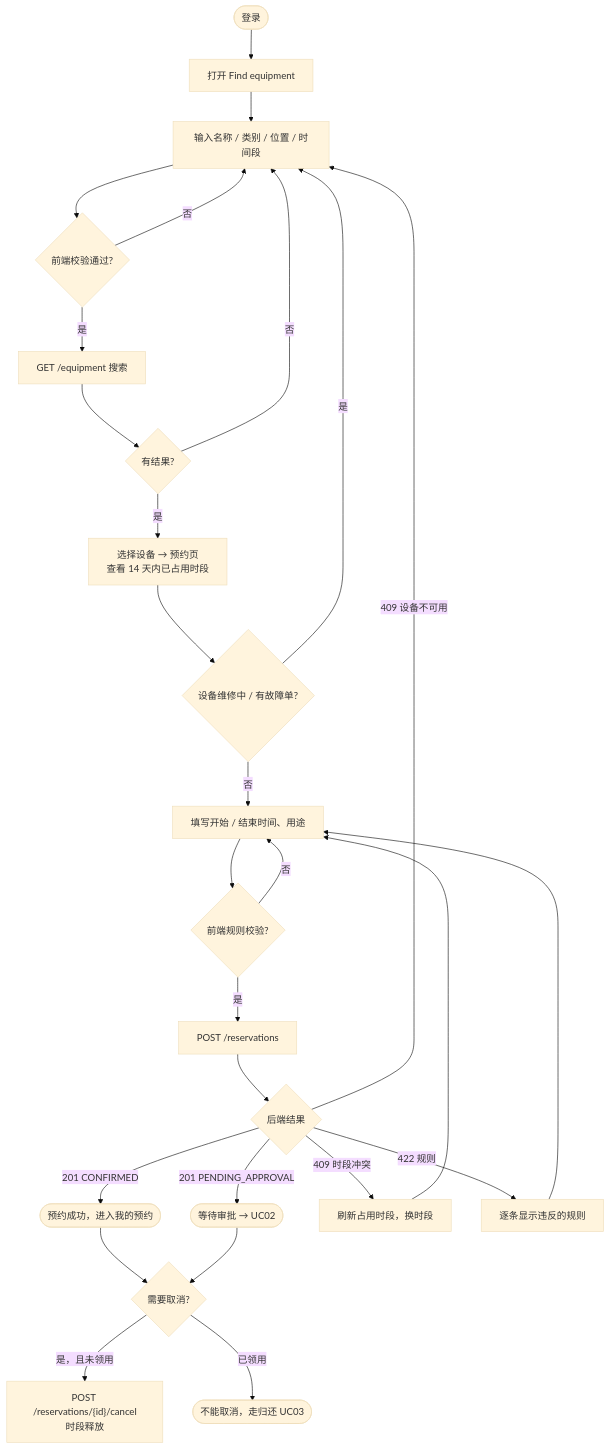
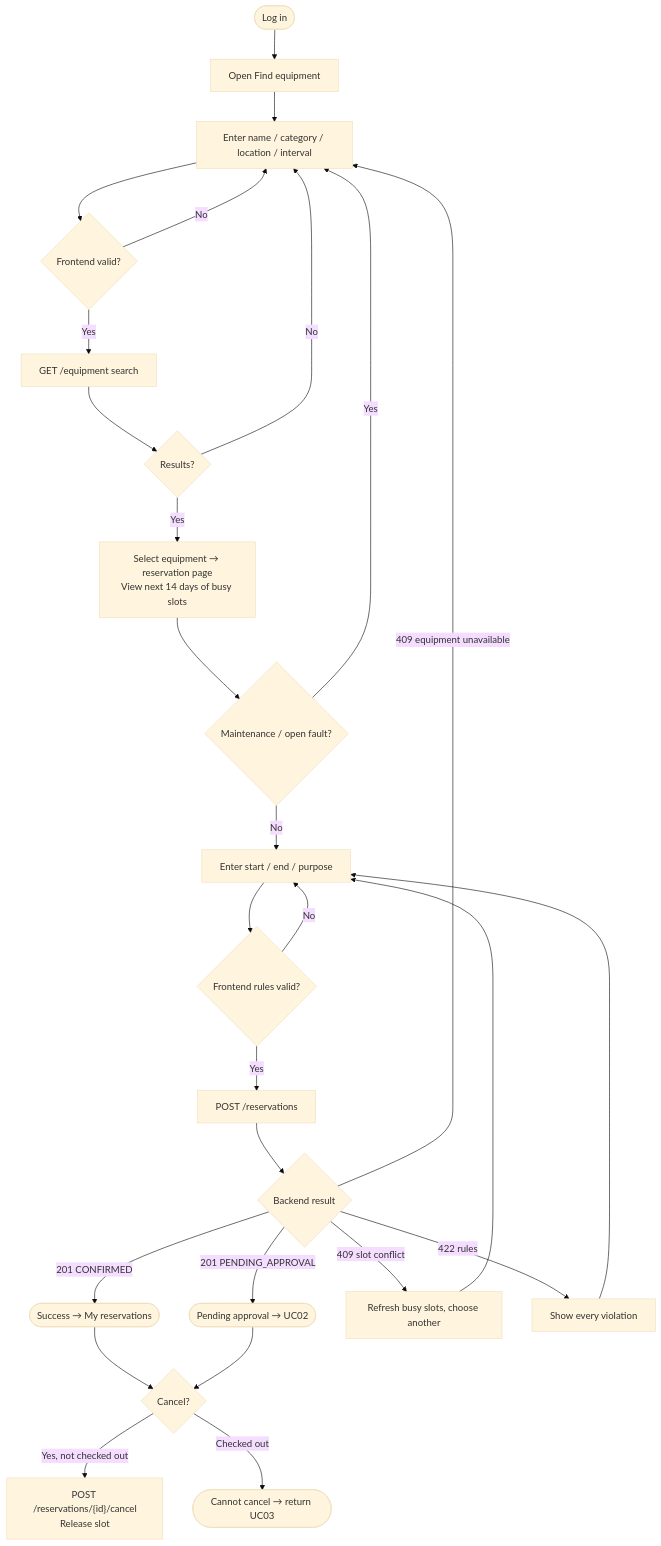
One commit to YukiOvOb/AGFP changed the first of 3 diagrams in docs/uc01-search-and-reserve.md. Above: the diagram before and after it, drawn with Mermaid (base theme). The commit also changed other lines of this file and 50 other files, not shown here.

````diff
--- a/docs/uc01-search-and-reserve.md
+++ b/docs/uc01-search-and-reserve.md
@@ -46,27 +46,27 @@
 ```mermaid
 flowchart TD
-  A([登录]) --> B[打开 Find equipment]
-  B --> C[输入名称 / 类别 / 位置 / 时间段]
-  C --> D{前端校验通过?}
-  D -- 否 --> C
-  D -- 是 --> E[GET /equipment 搜索]
-  E --> F{有结果?}
-  F -- 否 --> C
-  F -- 是 --> G[选择设备 → 预约页<br/>查看 14 天内已占用时段]
-  G --> H{设备维修中 / 有故障单?}
-  H -- 是 --> C
-  H -- 否 --> I[填写开始 / 结束时间、用途]
-  I --> J{前端规则校验?}
-  J -- 否 --> I
-  J -- 是 --> K[POST /reservations]
-  K --> L{后端结果}
-  L -- 201 CONFIRMED --> M([预约成功，进入我的预约])
-  L -- 201 PENDING_APPROVAL --> N([等待审批 → UC02])
-  L -- 409 时段冲突 --> O[刷新占用时段，换时段] --> I
-  L -- 422 规则 --> P[逐条显示违反的规则] --> I
-  L -- 409 设备不可用 --> C
-  M --> Q{需要取消?}
+  A([Log in]) --> B[Open Find equipment]
+  B --> C[Enter name / category / location / interval]
+  C --> D{Frontend valid?}
+  D -- No --> C
+  D -- Yes --> E[GET /equipment search]
+  E --> F{Results?}
+  F -- No --> C
+  F -- Yes --> G[Select equipment → reservation page<br/>View next 14 days of busy slots]
+  G --> H{Maintenance / open fault?}
+  H -- Yes --> C
+  H -- No --> I[Enter start / end / purpose]
+  I --> J{Frontend rules valid?}
+  J -- No --> I
+  J -- Yes --> K[POST /reservations]
+  K --> L{Backend result}
+  L -- 201 CONFIRMED --> M([Success → My reservations])
+  L -- 201 PENDING_APPROVAL --> N([Pending approval → UC02])
+  L -- 409 slot conflict --> O[Refresh busy slots, choose another] --> I
+  L -- 422 rules --> P[Show every violation] --> I
+  L -- 409 equipment unavailable --> C
+  M --> Q{Cancel?}
   N --> Q
-  Q -- 是，且未领用 --> R["POST /reservations/{id}/cancel<br/>时段释放"]
-  Q -- 已领用 --> S([不能取消，走归还 UC03])
+  Q -- Yes, not checked out --> R["POST /reservations/{id}/cancel<br/>Release slot"]
+  Q -- Checked out --> S([Cannot cancel → return UC03])
 ```
````
